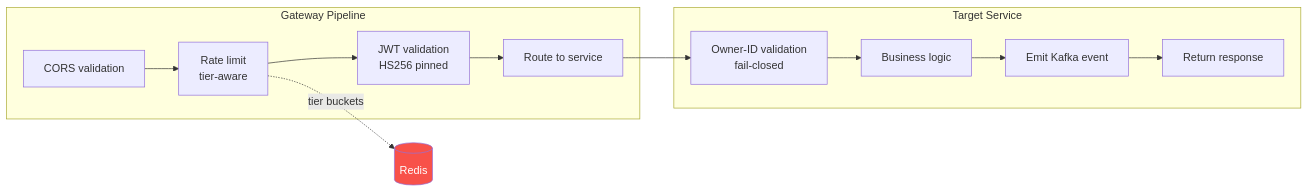
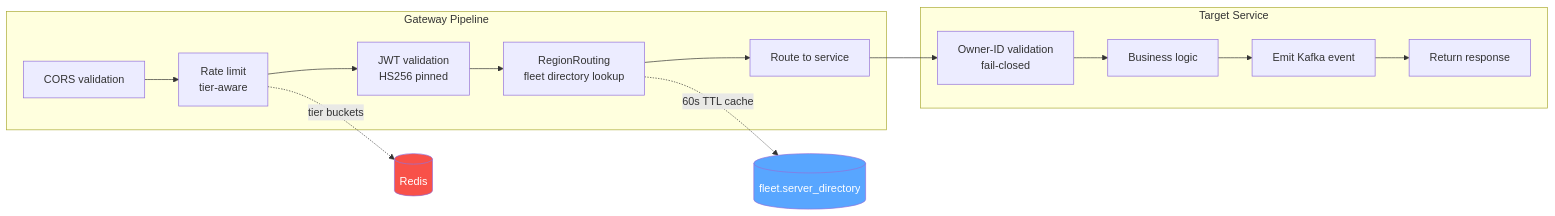
The third of 9 diagrams in README.md (WhitehatD/MetricHost), drawn with Mermaid before and after one commit. The commit also changed other lines of this file, not shown here.

````diff
--- a/README.md
+++ b/README.md
@@ -201,20 +260,23 @@
 ```mermaid
 flowchart LR
     subgraph Gateway Pipeline
         A[CORS validation] --> B[Rate limit<br/>tier-aware]
         B --> C[JWT validation<br/>HS256 pinned]
-        C --> D[Route to service]
+        C --> D[RegionRouting<br/>fleet directory lookup]
+        D --> E[Route to service]
     end
 
     B -.->|tier buckets| R[(Redis)]
+    D -.->|60s TTL cache| FD[(fleet.server_directory)]
 
     subgraph Target Service
-        E[Owner-ID validation<br/>fail-closed] --> F[Business logic]
-        F --> G[Emit Kafka event]
-        G --> H[Return response]
+        F[Owner-ID validation<br/>fail-closed] --> G[Business logic]
+        G --> H[Emit Kafka event]
+        H --> I[Return response]
     end
 
-    D --> E
+    E --> F
 
     style R fill:#f85149,color:#fff
+    style FD fill:#58a6ff,color:#fff
 ```
````
